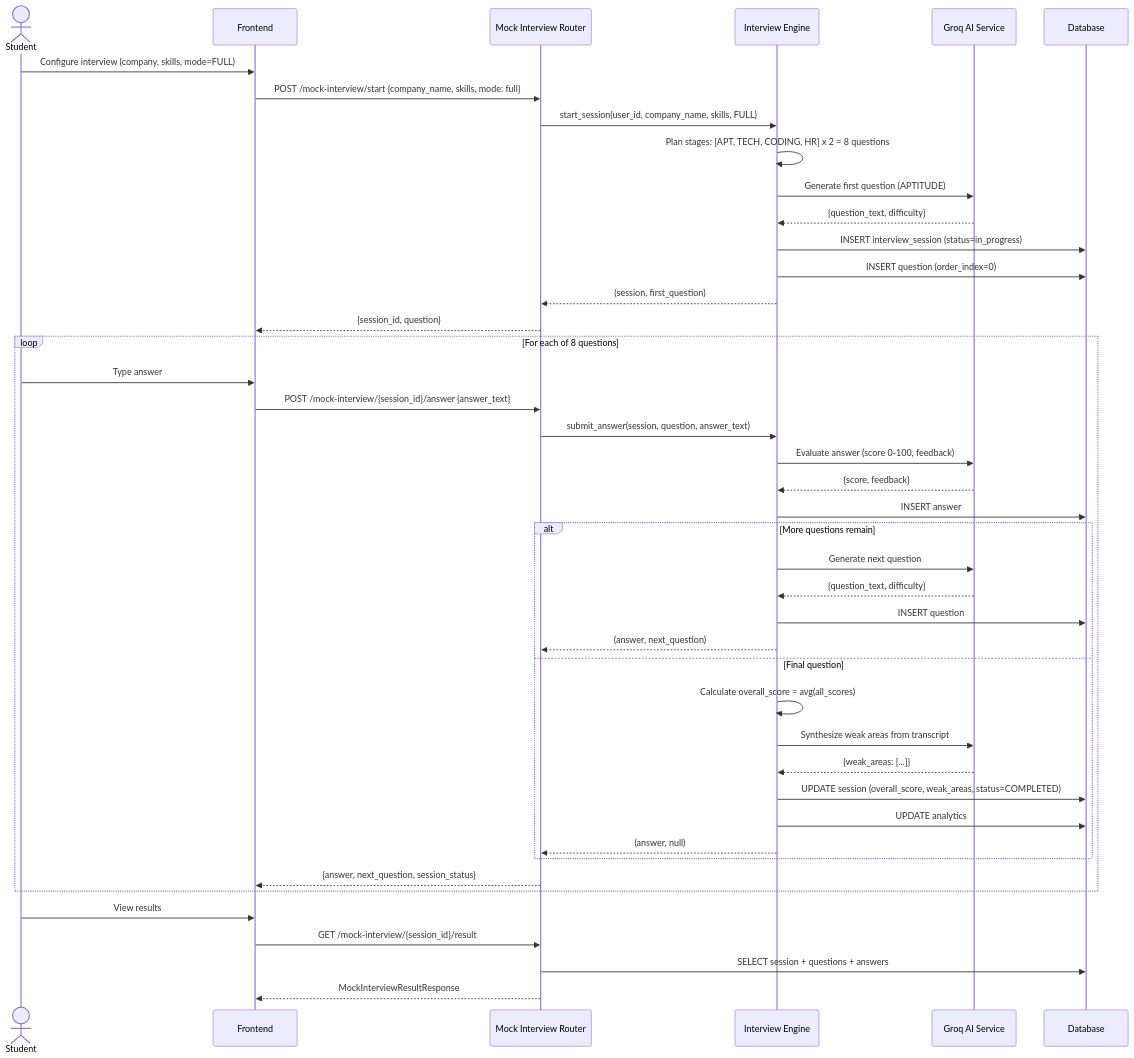
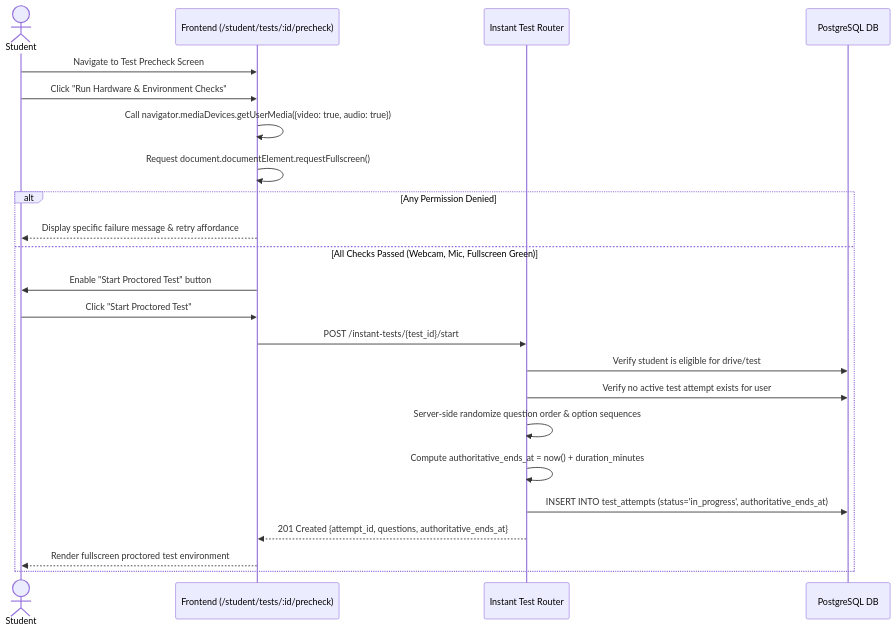
Before and after one commit to prathamraval33/7th-sem-project: diagram 16 of 39 in info.md, drawn with Mermaid. The commit also changed other lines of this file and 11 other files, not shown here.

Commit message:
feat: add mock interview engine, curriculum management, and administrative dashboards

````diff
--- a/info.md
+++ b/info.md
@@ -1221,48 +2413,26 @@
 ```mermaid
 sequenceDiagram
     actor Student
-    participant FE as Frontend
-    participant MI as Mock Interview Router
-    participant Engine as Interview Engine
-    participant Groq as Groq AI Service
-    participant DB as Database
+    participant FE as Frontend (/student/tests/:id/precheck)
+    participant TestRouter as Instant Test Router
+    participant DB as PostgreSQL DB
 
-    Student->>FE: Configure interview (company, skills, mode=FULL)
-    FE->>MI: POST /mock-interview/start {company_name, skills, mode: full}
-    MI->>Engine: start_session(user_id, company_name, skills, FULL)
-    Engine->>Engine: Plan stages: [APT, TECH, CODING, HR] x 2 = 8 questions
-    Engine->>Groq: Generate first question (APTITUDE)
-    Groq-->>Engine: {question_text, difficulty}
-    Engine->>DB: INSERT interview_session (status=in_progress)
-    Engine->>DB: INSERT question (order_index=0)
-    Engine-->>MI: (session, first_question)
-    MI-->>FE: {session_id, question}
-
-    loop For each of 8 questions
-        Student->>FE: Type answer
-        FE->>MI: POST /mock-interview/{session_id}/answer {answer_text}
-        MI->>Engine: submit_answer(session, question, answer_text)
-        Engine->>Groq: Evaluate answer (score 0-100, feedback)
-        Groq-->>Engine: {score, feedback}
-        Engine->>DB: INSERT answer
-        alt More questions remain
-            Engine->>Groq: Generate next question
-            Groq-->>Engine: {question_text, difficulty}
-            Engine->>DB: INSERT question
-            Engine-->>MI: (answer, next_question)
-        else Final question
-            Engine->>Engine: Calculate overall_score = avg(all_scores)
-            Engine->>Groq: Synthesize weak areas from transcript
-            Groq-->>Engine: {weak_areas: [...]}
-            Engine->>DB: UPDATE session (overall_score, weak_areas, status=COMPLETED)
-            Engine->>DB: UPDATE analytics
-            Engine-->>MI: (answer, null)
-        end
-        MI-->>FE: {answer, next_question, session_status}
+    Student->>FE: Navigate to Test Precheck Screen
+    Student->>FE: Click "Run Hardware & Environment Checks"
+    FE->>FE: Call navigator.mediaDevices.getUserMedia({video: true, audio: true})
+    FE->>FE: Request document.documentElement.requestFullscreen()
+    alt Any Permission Denied
+        FE-->>Student: Display specific failure message & retry affordance
+    else All Checks Passed (Webcam, Mic, Fullscreen Green)
+        FE->>Student: Enable "Start Proctored Test" button
+        Student->>FE: Click "Start Proctored Test"
+        FE->>TestRouter: POST /instant-tests/{test_id}/start
+        TestRouter->>DB: Verify student is eligible for drive/test
+        TestRouter->>DB: Verify no active test attempt exists for user
+        TestRouter->>TestRouter: Server-side randomize question order & option sequences
+        TestRouter->>TestRouter: Compute authoritative_ends_at = now() + duration_minutes
+        TestRouter->>DB: INSERT INTO test_attempts (status='in_progress', authoritative_ends_at)
+        TestRouter-->>FE: 201 Created {attempt_id, questions, authoritative_ends_at}
+        FE-->>Student: Render fullscreen proctored test environment
     end
-
-    Student->>FE: View results
-    FE->>MI: GET /mock-interview/{session_id}/result
-    MI->>DB: SELECT session + questions + answers
-    MI-->>FE: MockInterviewResultResponse
 ```
````
